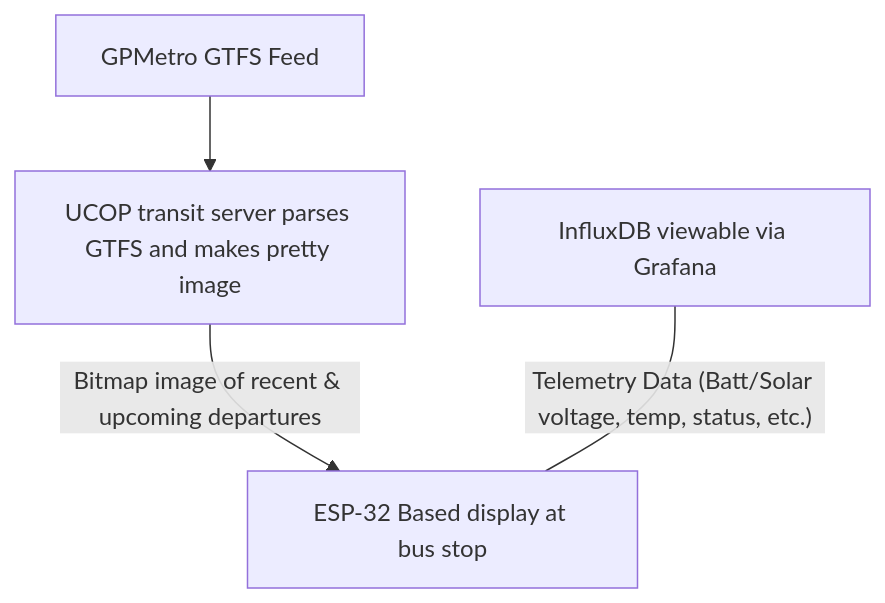
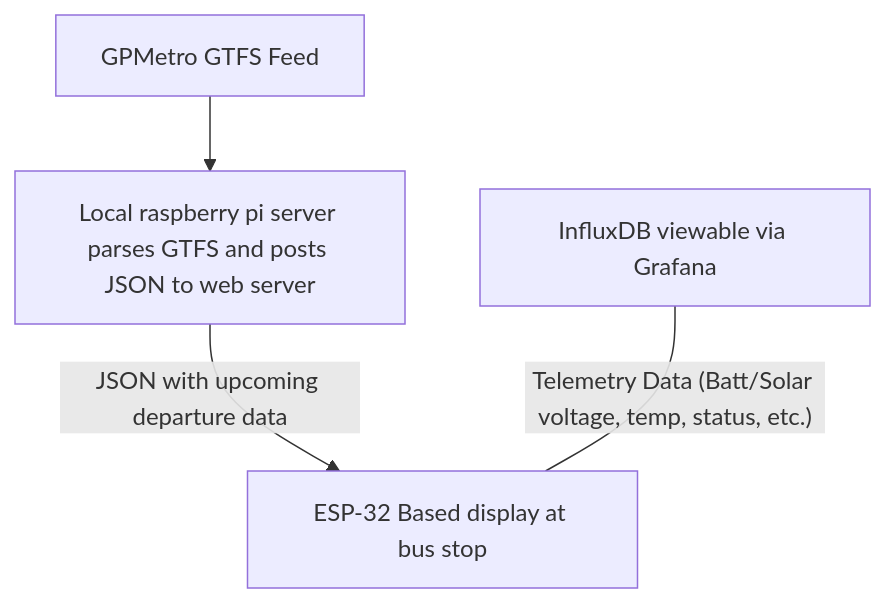
Before and after one commit to maland16/bus-departure-board: the diagram in README.md, drawn with Mermaid.

Commit message:
Updated readme to reflect changes in architecture

````diff
--- a/README.md
+++ b/README.md
@@ -6,9 +6,9 @@
 ```mermaid
 graph TD;
 
-    A[GPMetro GTFS Feed] --> B["UCOP transit server parses GTFS and makes pretty image"];
+    A[GPMetro GTFS Feed] --> B["Local raspberry pi server parses GTFS and posts JSON to web server"];
     
-    B -->|Bitmap image of recent & upcoming departures|C[ESP-32 Based display at bus stop];
+    B -->|JSON with upcoming departure data|C[ESP-32 Based display at bus stop];
 
     D["InfluxDB viewable via Grafana"] ---|"Telemetry Data (Batt/Solar voltage, temp, status, etc.)"|C;
 ```
````
